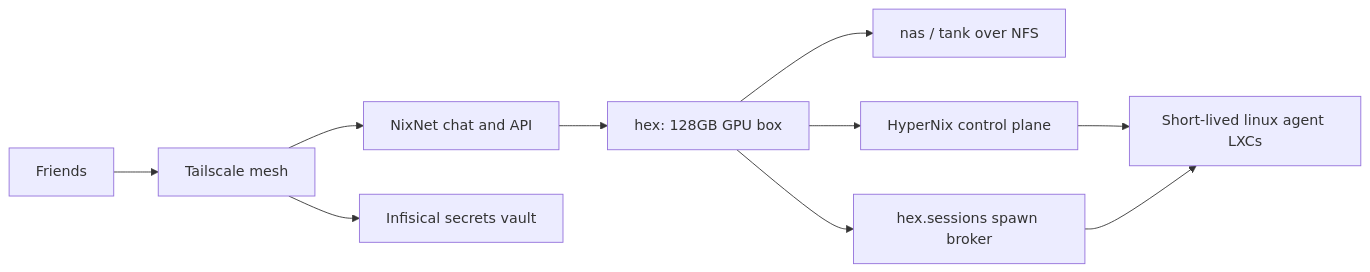
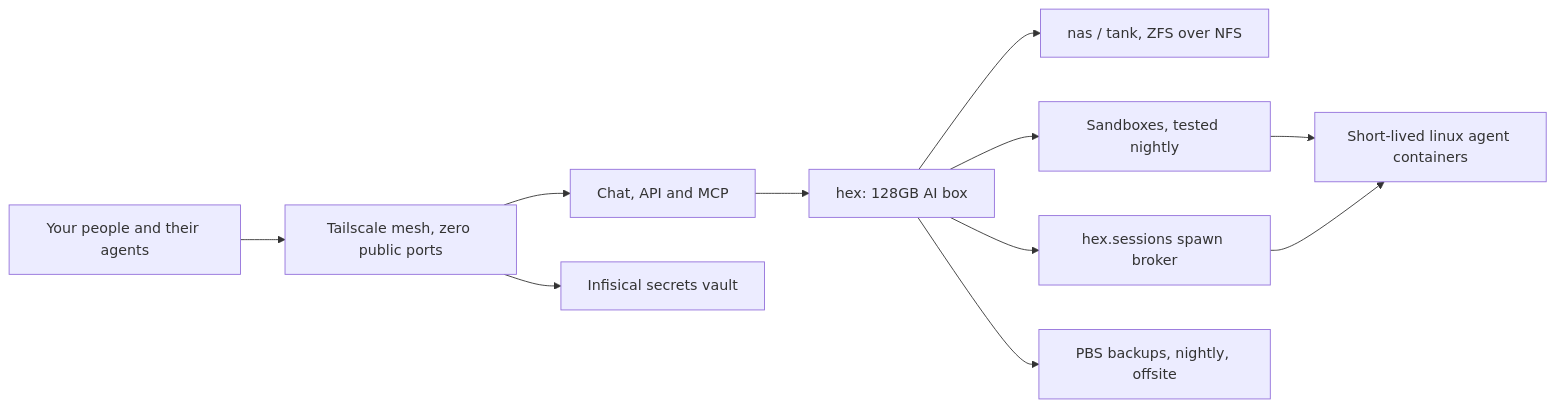
The diagram in README.md (nixfred/nixfred.cloud), drawn with Mermaid before and after one commit. The commit also changed other lines of this file and 10 other files, not shown here.

First line of the commit message:
nixfred.cloud: rewrite as a commercial showcase of NixNet private AI infrastructure

````diff
--- a/README.md
+++ b/README.md
@@ -19,12 +19,13 @@
 ```mermaid
 flowchart LR
-  friends[Friends] --> mesh[Tailscale mesh]
-  mesh --> nixnet[NixNet chat and API]
-  nixnet --> hex[hex: 128GB GPU box]
-  hex --> nas[nas / tank over NFS]
-  hex --> hypernix[HyperNix control plane]
+  people[Your people and their agents] --> mesh[Tailscale mesh, zero public ports]
+  mesh --> nixnet[Chat, API and MCP]
+  nixnet --> hex[hex: 128GB AI box]
+  hex --> nas[nas / tank, ZFS over NFS]
+  hex --> sandboxes[Sandboxes, tested nightly]
   hex --> sessions[hex.sessions spawn broker]
+  hex --> backups[PBS backups, nightly, offsite]
   mesh --> vault[Infisical secrets vault]
-  hypernix --> agents[Short-lived linux agent LXCs]
+  sandboxes --> agents[Short-lived linux agent containers]
   sessions --> agents
 ```
````
